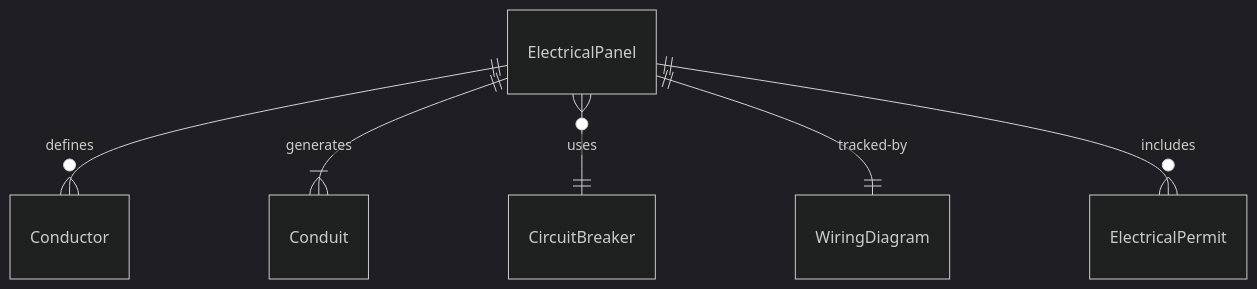
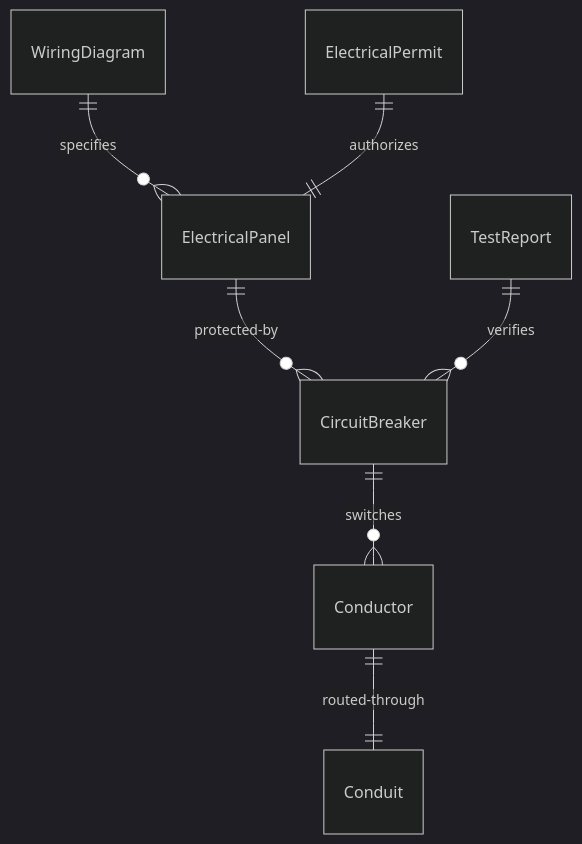
Before and after one commit to dot-org-ai/tasks.org.ai: the first of 4 diagrams in HandlingAndMovingObjects/InstallCommercialOrProductionEquipment/InstallElectricalComponentsEquipmentSystems.mdx, drawn with Mermaid (dark theme). The commit also changed other lines of this file and 515 other files, not shown here.

````diff
--- a/HandlingAndMovingObjects/InstallCommercialOrProductionEquipment/InstallElectricalComponentsEquipmentSystems.mdx
+++ b/HandlingAndMovingObjects/InstallCommercialOrProductionEquipment/InstallElectricalComponentsEquipmentSystems.mdx
@@ -90,8 +90,9 @@
 ```mermaid
 erDiagram
-    ElectricalPanel ||--o{ Conductor : "defines"
-    ElectricalPanel ||--|{ Conduit : "generates"
-    ElectricalPanel }o--|| CircuitBreaker : "uses"
-    ElectricalPanel ||--|| WiringDiagram : "tracked-by"
-    ElectricalPanel ||--o{ ElectricalPermit : "includes"
+    WiringDiagram ||--o{ ElectricalPanel : "specifies"
+    ElectricalPanel ||--o{ CircuitBreaker : "protected-by"
+    Conductor ||--|| Conduit : "routed-through"
+    CircuitBreaker ||--o{ Conductor : "switches"
+    ElectricalPermit ||--|| ElectricalPanel : "authorizes"
+    TestReport ||--o{ CircuitBreaker : "verifies"
 ```
````
